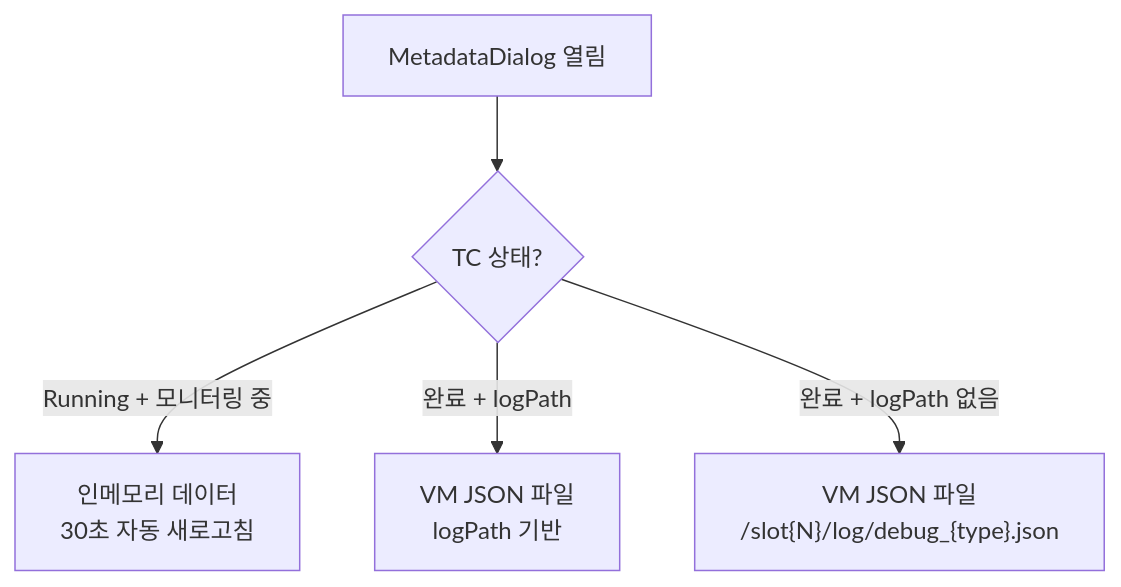
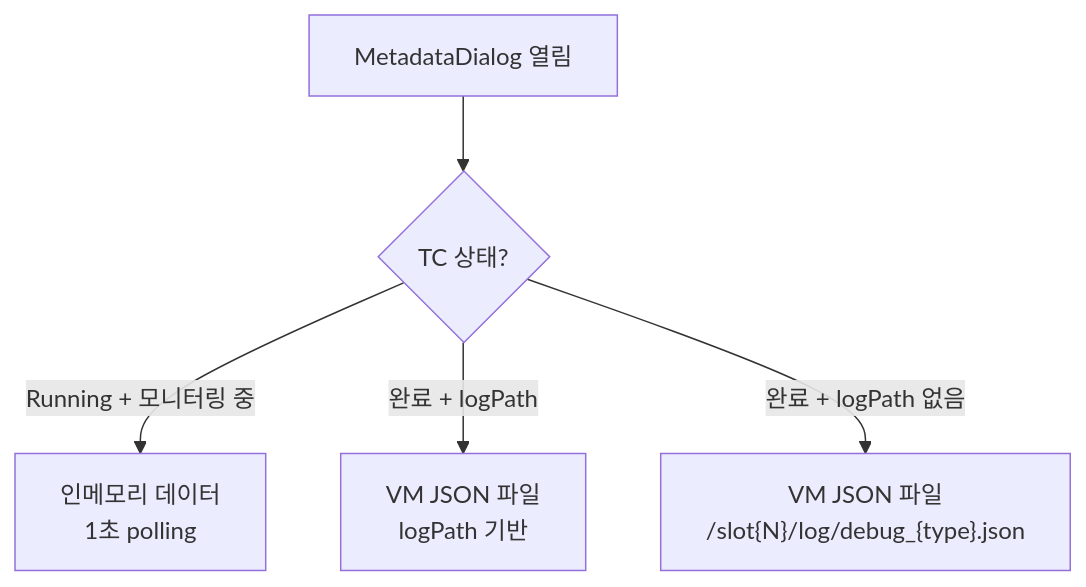
The ninth of 10 diagrams in src/content/docs/architecture/ufs-metadata.md (kakaromo/kakaromo.github.io), drawn with Mermaid before and after one commit. The commit also changed other lines of this file and 1 other file, not shown here.

````diff
--- a/src/content/docs/architecture/ufs-metadata.md
+++ b/src/content/docs/architecture/ufs-metadata.md
@@ -340,7 +509,7 @@
 ```mermaid
 flowchart TD
     OPEN[MetadataDialog 열림] --> CHECK{TC 상태?}
-    CHECK -->|Running + 모니터링 중| LIVE[인메모리 데이터<br/>30초 자동 새로고침]
+    CHECK -->|Running + 모니터링 중| LIVE[인메모리 데이터<br/>1초 polling]
     CHECK -->|완료 + logPath| FILE1[VM JSON 파일<br/>logPath 기반]
     CHECK -->|완료 + logPath 없음| FILE2["VM JSON 파일<br/>/slot{N}/log/debug_{type}.json"]
 ```
````
